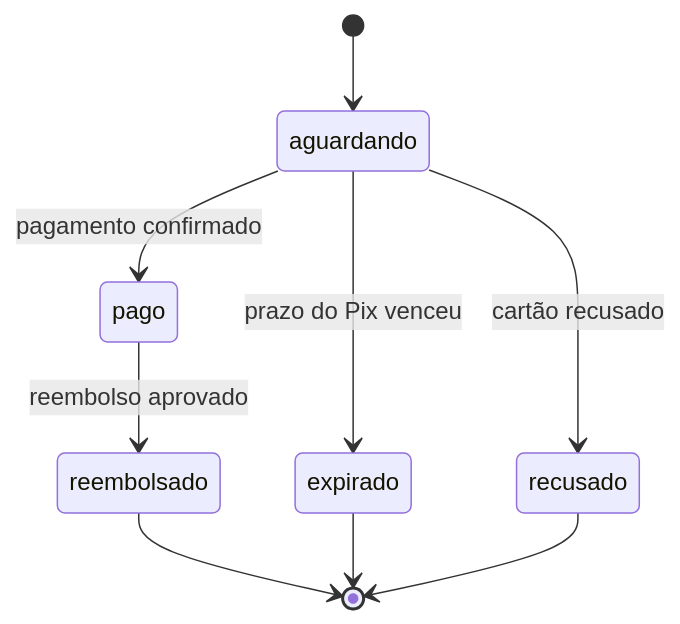
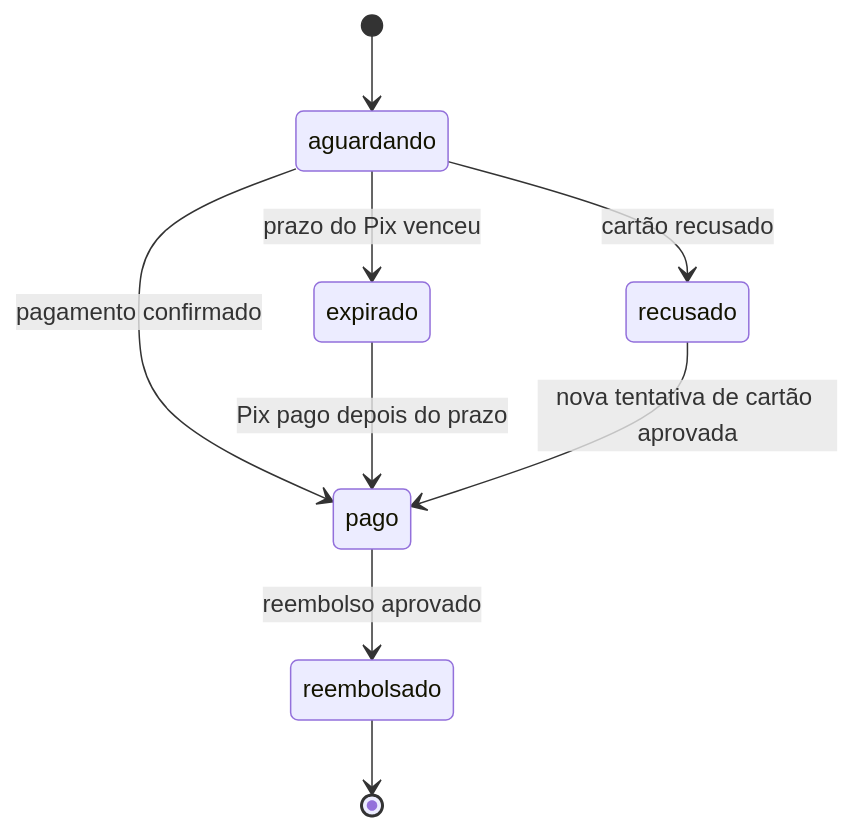
Before and after one commit to kitsuneislife/kriup: the second of 6 diagrams in docs/produto/regras-de-negocio.md, drawn with Mermaid. The commit also changed other lines of this file and 3 other files, not shown here.

````diff
--- a/docs/produto/regras-de-negocio.md
+++ b/docs/produto/regras-de-negocio.md
@@ -49,11 +49,11 @@
 ```mermaid
 stateDiagram-v2
     [*] --> aguardando
     aguardando --> pago: pagamento confirmado
     aguardando --> expirado: prazo do Pix venceu
     aguardando --> recusado: cartão recusado
+    expirado --> pago: Pix pago depois do prazo
+    recusado --> pago: nova tentativa de cartão aprovada
     pago --> reembolsado: reembolso aprovado
     reembolsado --> [*]
-    expirado --> [*]
-    recusado --> [*]
 ```
````
